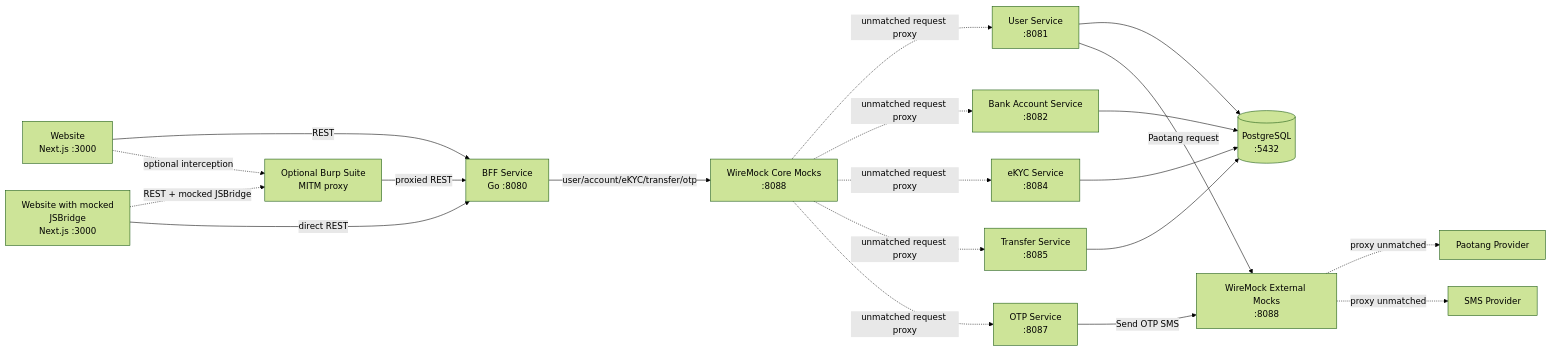
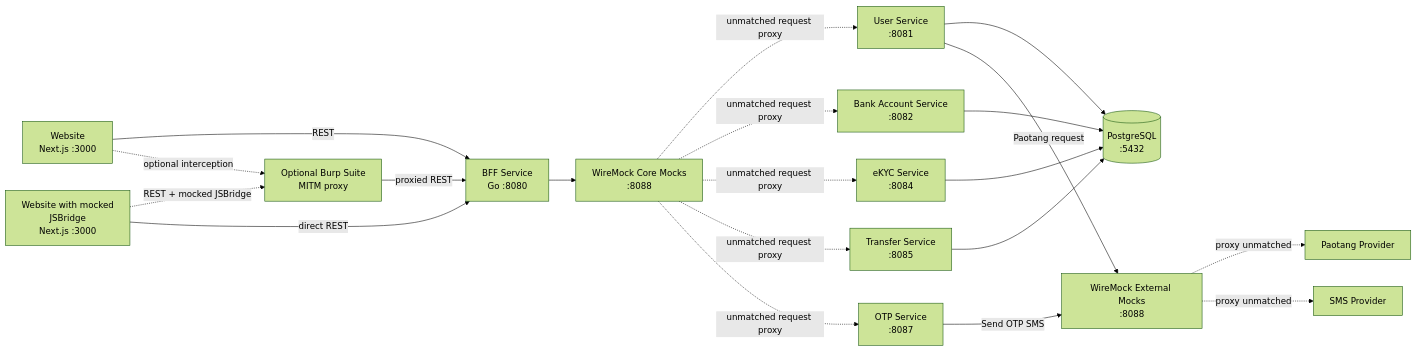
The second of 3 diagrams in SYSTEM-ARCHITECTURE.md (SiwakornSitti/ultra-smoooooth-testing), drawn with Mermaid (forest theme) before and after one commit.

Commit message:
docs: remove long route label from BFF arrow in Runtime Test Topology diagram

````diff
--- a/SYSTEM-ARCHITECTURE.md
+++ b/SYSTEM-ARCHITECTURE.md
@@ -60,42 +60,42 @@
 ```mermaid
 flowchart LR
     Browser[Website\nNext.js :3000]
     BridgeWebsite[Website with mocked\nJSBridge\nNext.js :3000]
     Burp[Optional Burp Suite\nMITM proxy]
     BFF[BFF Service\nGo :8080]
 
     User[User Service\n:8081]
     Account[Bank Account Service\n:8082]
     EKYC[eKYC Service\n:8084]
     Transfer[Transfer Service\n:8085]
     OTP[OTP Service\n:8087]
 
     DB[(PostgreSQL\n:5432)]
     MockCore[WireMock Core Mocks\n:8088]
     MockExternal[WireMock External Mocks\n:8088]
     PaotangProvider[Paotang Provider]
     SMSProvider[SMS Provider]
 
     Browser -->|REST| BFF
     BridgeWebsite -.->|REST + mocked JSBridge| Burp
     BridgeWebsite -->|direct REST| BFF
     Burp -->|proxied REST| BFF
     Browser -.->|optional interception| Burp
 
-    BFF -->|user/account/eKYC/transfer/otp| MockCore
+    BFF --> MockCore
 
     MockCore -.->|unmatched request proxy| User
     MockCore -.->|unmatched request proxy| Account
     MockCore -.->|unmatched request proxy| EKYC
     MockCore -.->|unmatched request proxy| Transfer
     MockCore -.->|unmatched request proxy| OTP
 
     User --> DB
     Account --> DB
     EKYC --> DB
     Transfer --> DB
     User -->|Paotang request| MockExternal
     OTP -->|Send OTP SMS| MockExternal
     MockExternal -.->|proxy unmatched| PaotangProvider
     MockExternal -.->|proxy unmatched| SMSProvider
 ```
````
